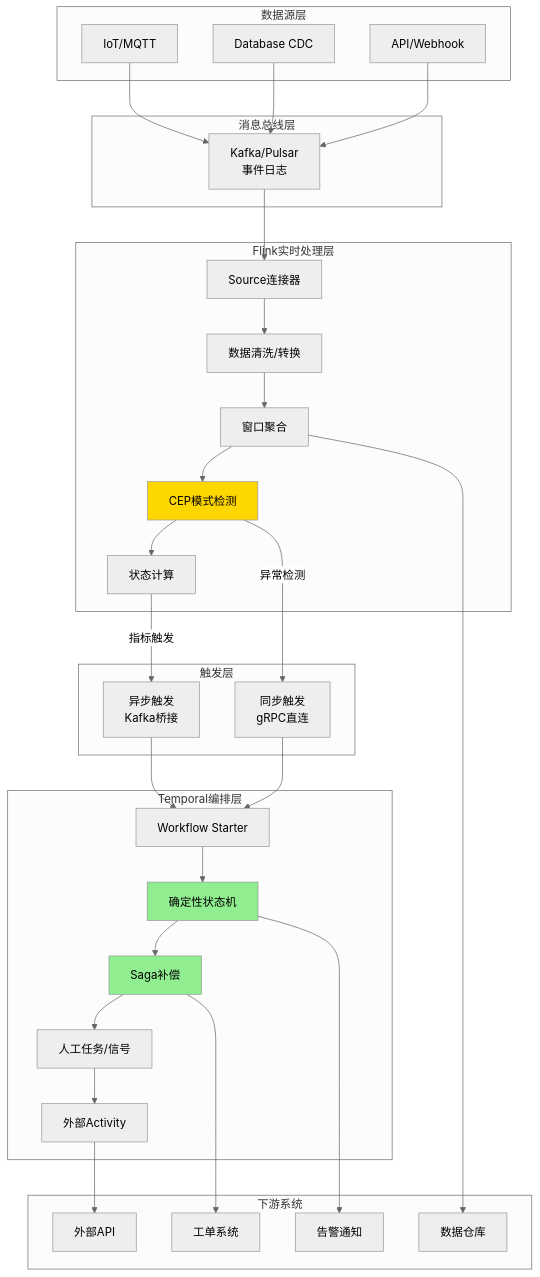
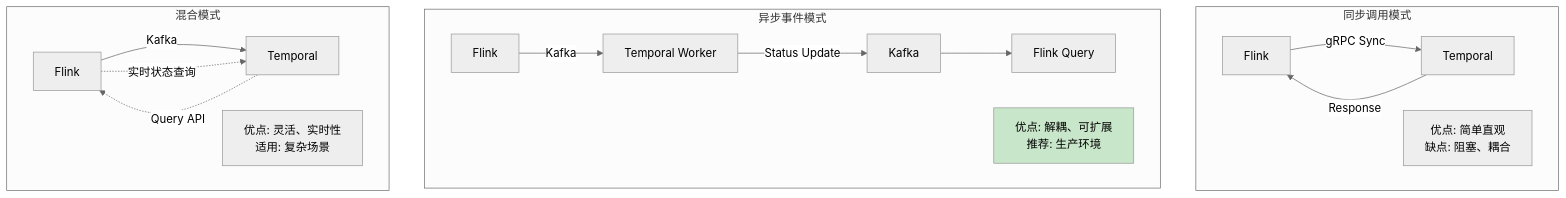
One commit to AdaMartin18010/AnalysisDataFlow changed the fourth of 5 diagrams in Knowledge/06-frontier/temporal-flink-layered-architecture.md. Above: the diagram before and after it, drawn with Mermaid (neutral theme). The commit also changed other lines of this file and 47 other files, not shown here.

````diff
--- a/Knowledge/06-frontier/temporal-flink-layered-architecture.md
+++ b/Knowledge/06-frontier/temporal-flink-layered-architecture.md
@@ -965,64 +1449,24 @@
 ```mermaid
 graph TB
-    subgraph "数据源层"
-        S1[IoT/MQTT]
-        S2[Database CDC]
-        S3[API/Webhook]
+    subgraph "同步调用模式"
+        A1[Flink] -->|gRPC Sync| B1[Temporal]
+        B1 -->|Response| A1
+        note1[优点: 简单直观<br/>缺点: 阻塞、耦合]
     end
 
-    subgraph "消息总线层"
-        K1[Kafka/Pulsar<br/>事件日志]
+    subgraph "异步事件模式"
+        A2[Flink] -->|Kafka| B2[Temporal Worker]
+        B2 -->|Status Update| C2[Kafka]
+        C2 --> D2[Flink Query]
+        note2[优点: 解耦、可扩展<br/>推荐: 生产环境]
     end
 
-    subgraph "Flink实时处理层"
-        F1[Source连接器]
-        F2[数据清洗/转换]
-        F3[窗口聚合]
-        F4[CEP模式检测]
-        F5[状态计算]
+    subgraph "混合模式"
+        A3[Flink] -->|Kafka| B3[Temporal]
+        B3 -.->|Query API| A3
+        A3 -.->|实时状态查询| B3
+        note3[优点: 灵活、实时性<br/>适用: 复杂场景]
     end
 
-    subgraph "触发层"
-        T1[同步触发<br/>gRPC直连]
-        T2[异步触发<br/>Kafka桥接]
-    end
-
-    subgraph "Temporal编排层"
-        T3[Workflow Starter]
-        T4[确定性状态机]
-        T5[Saga补偿]
-        T6[人工任务/信号]
-        T7[外部Activity]
-    end
-
-    subgraph "下游系统"
-        D1[告警通知]
-        D2[工单系统]
-        D3[数据仓库]
-        D4[外部API]
-    end
-
-    S1 --> K1
-    S2 --> K1
-    S3 --> K1
-
-    K1 --> F1
-    F1 --> F2 --> F3 --> F4 --> F5
-
-    F4 -->|异常检测| T1
-    F5 -->|指标触发| T2
-
-    T1 --> T3
-    T2 --> T3
-
-    T3 --> T4 --> T5 --> T6 --> T7
-
-    T4 --> D1
-    T5 --> D2
-    F3 --> D3
-    T7 --> D4
-
-    style F4 fill:#FFD700
-    style T4 fill:#90EE90
-    style T5 fill:#90EE90
+    style note2 fill:#c8e6c9
 ```
````
